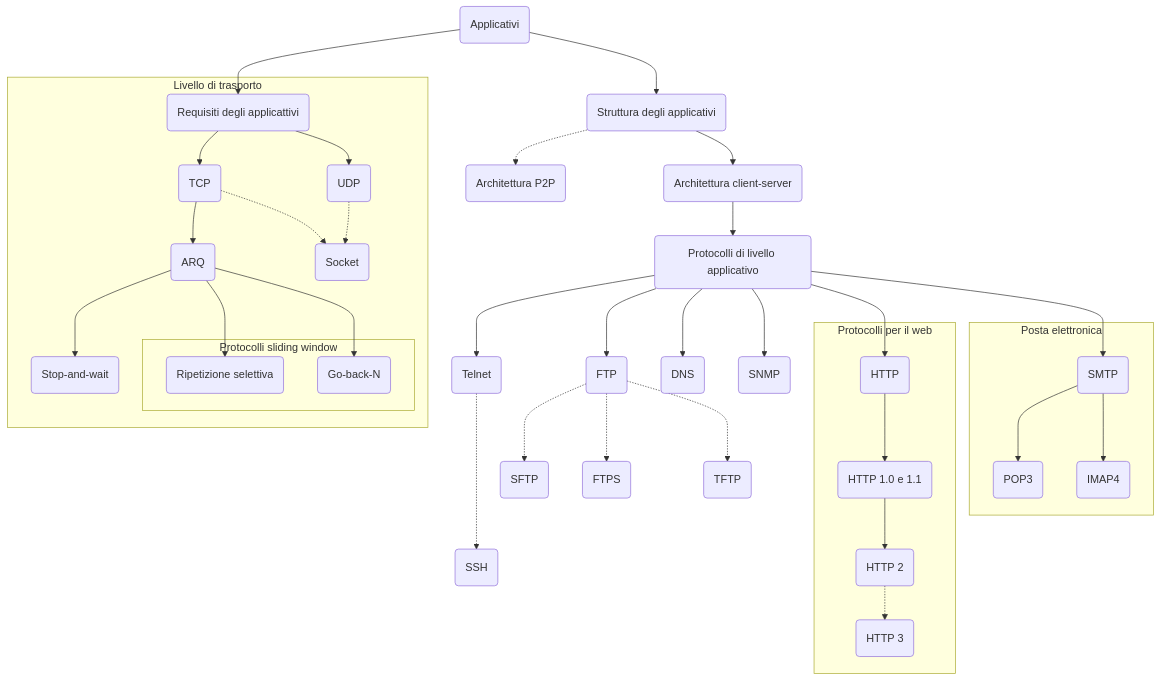
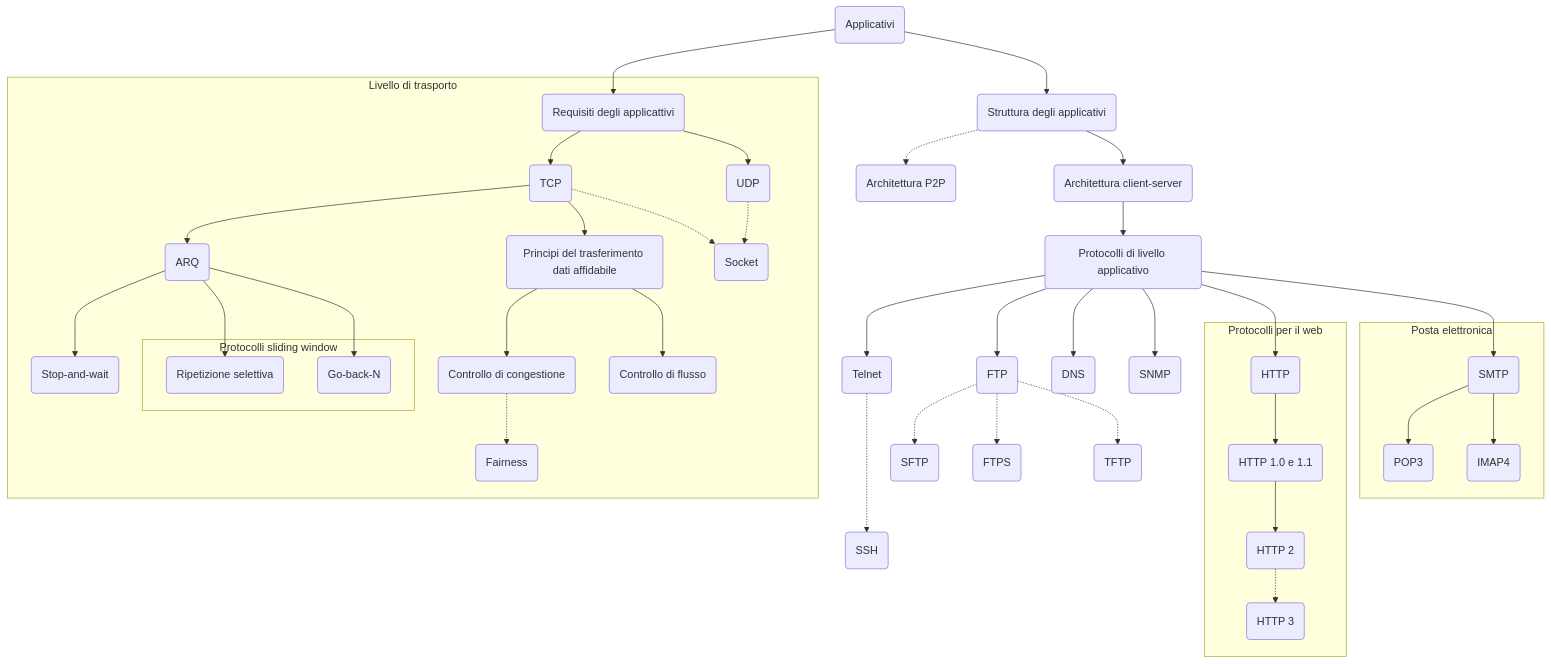
The diagram in flow.md (makapx/appunti-reti), drawn with Mermaid before and after one commit.

Commit message:
feat(flow.md): aggiornata roadmap

```diff
--- a/flow.md
+++ b/flow.md
@@ -12,6 +12,11 @@
 sw(Stop-and-wait)
 gbn(Go-back-N)
 sr(Ripetizione selettiva)
+
+affidabilita(Principi del trasferimento dati affidabile)
+controlloflusso(Controllo di flusso)
+controllocongestione(Controllo di congestione)
+fairness(Fairness)
 
 architetturaP2P(Architettura P2P)
 architetturacs(Architettura client-server)
@@ -45,6 +50,12 @@
 
 arq --> sr
 arq --> gbn
+
+tcp --> affidabilita
+affidabilita --> controllocongestione
+affidabilita --> controlloflusso
+
+controllocongestione -.-> fairness
 
 subgraph sliding-window-protocolo[Protocolli sliding window]
 sr
```
